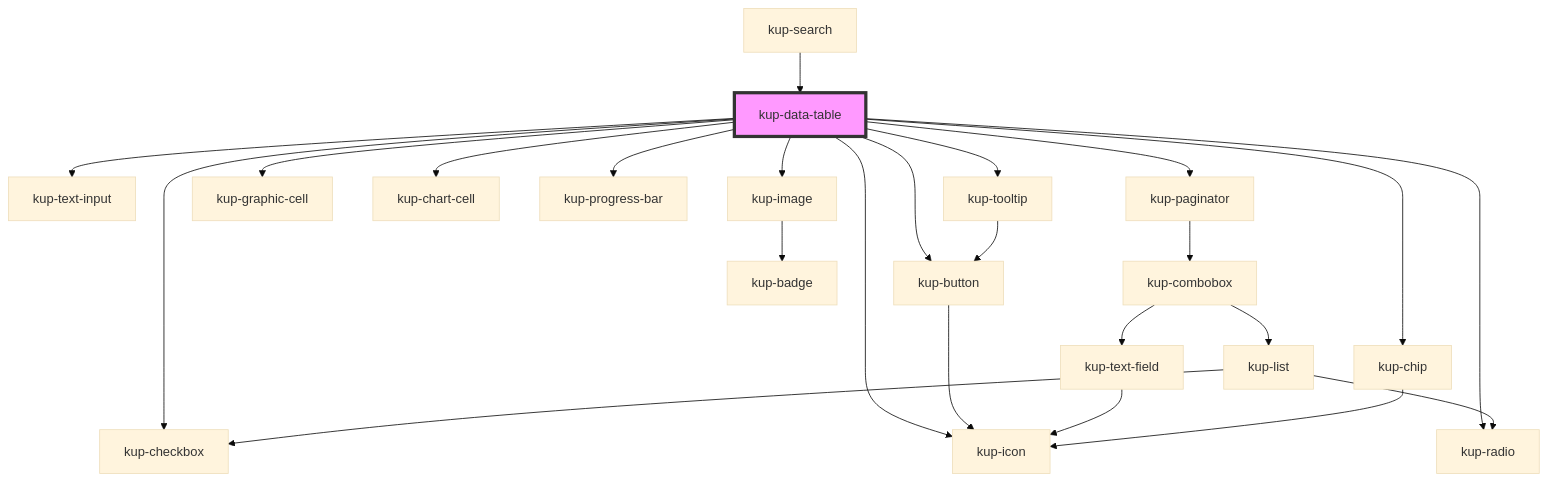
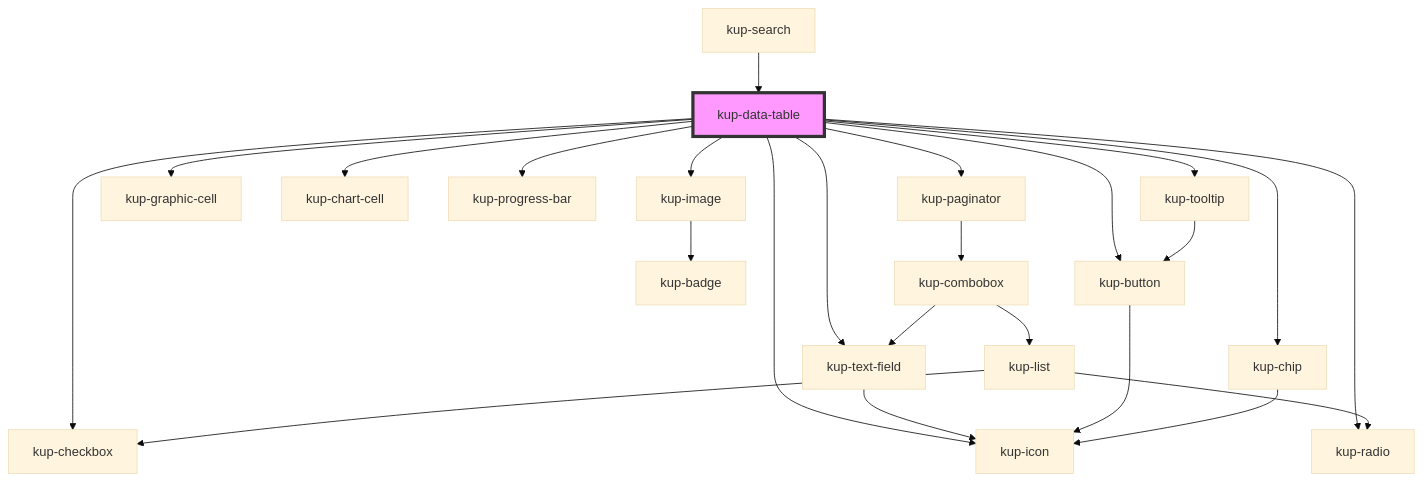
The diagram in packages/ketchup/src/components/kup-data-table/readme.md (smeup/ketchup), drawn with Mermaid (base theme) before and after one commit. The commit also changed other lines of this file and 32 other files, not shown here.

Commit message:
Rendamed kup-fld to kup-field. Implented field showcase.

````diff
--- a/packages/ketchup/src/components/kup-data-table/readme.md
+++ b/packages/ketchup/src/components/kup-data-table/readme.md
@@ -158,27 +158,27 @@
 ```mermaid
 graph TD;
   kup-data-table --> kup-checkbox
-  kup-data-table --> kup-text-input
+  kup-data-table --> kup-text-field
   kup-data-table --> kup-icon
   kup-data-table --> kup-image
   kup-data-table --> kup-button
   kup-data-table --> kup-graphic-cell
   kup-data-table --> kup-chart-cell
   kup-data-table --> kup-progress-bar
   kup-data-table --> kup-radio
   kup-data-table --> kup-tooltip
   kup-data-table --> kup-paginator
   kup-data-table --> kup-chip
+  kup-text-field --> kup-icon
   kup-image --> kup-badge
   kup-button --> kup-icon
   kup-tooltip --> kup-button
   kup-paginator --> kup-combobox
   kup-combobox --> kup-text-field
   kup-combobox --> kup-list
-  kup-text-field --> kup-icon
   kup-list --> kup-radio
   kup-list --> kup-checkbox
   kup-chip --> kup-icon
   kup-search --> kup-data-table
   style kup-data-table fill:#f9f,stroke:#333,stroke-width:4px
 ```
````
